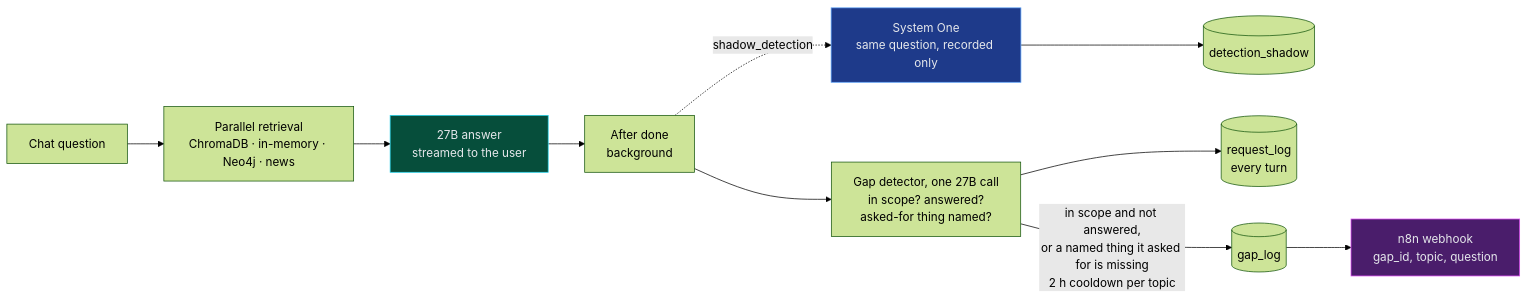
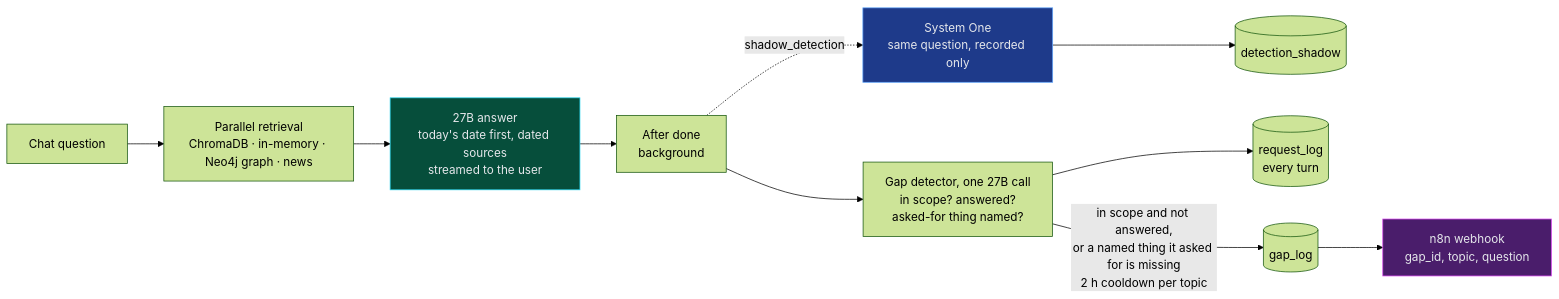
The second of 23 diagrams in README.md (sebdallais-git/PharmaIT_Chat_and_Digest), drawn with Mermaid (forest theme) before and after one commit. The commit also changed other lines of this file, not shown here.

````diff
--- a/README.md
+++ b/README.md
@@ -114,16 +264,16 @@
 ```mermaid
 flowchart LR
-    Q["Chat question"] --> R["Parallel retrieval<br/>ChromaDB · in-memory · Neo4j · news"]
-    R --> A["27B answer<br/>streamed to the user"]
+    Q["Chat question"] --> R["Parallel retrieval<br/>ChromaDB · in-memory · Neo4j graph · news"]
+    R --> A["27B answer<br/>today's date first, dated sources<br/>streamed to the user"]
     A --> BG["After done<br/>background"]
     BG --> D["Gap detector, one 27B call<br/>in scope? answered?<br/>asked-for thing named?"]
     BG -. "shadow_detection" .-> S["System One<br/>same question, recorded only"]
     S --> DS[("detection_shadow")]
     D --> RL[("request_log<br/>every turn")]
     D -- "in scope and not answered,<br/>or a named thing it asked for is missing<br/>2 h cooldown per topic" --> GL[("gap_log")]
     GL --> WH["n8n webhook<br/>gap_id, topic, question"]
 
     style A fill:#064e3b,stroke:#22d3ee,color:#e5e7eb
     style S fill:#1e3a8a,stroke:#60a5fa,color:#e5e7eb
     style WH fill:#4a1d6b,stroke:#d946ef,color:#e5e7eb
 ```
````
